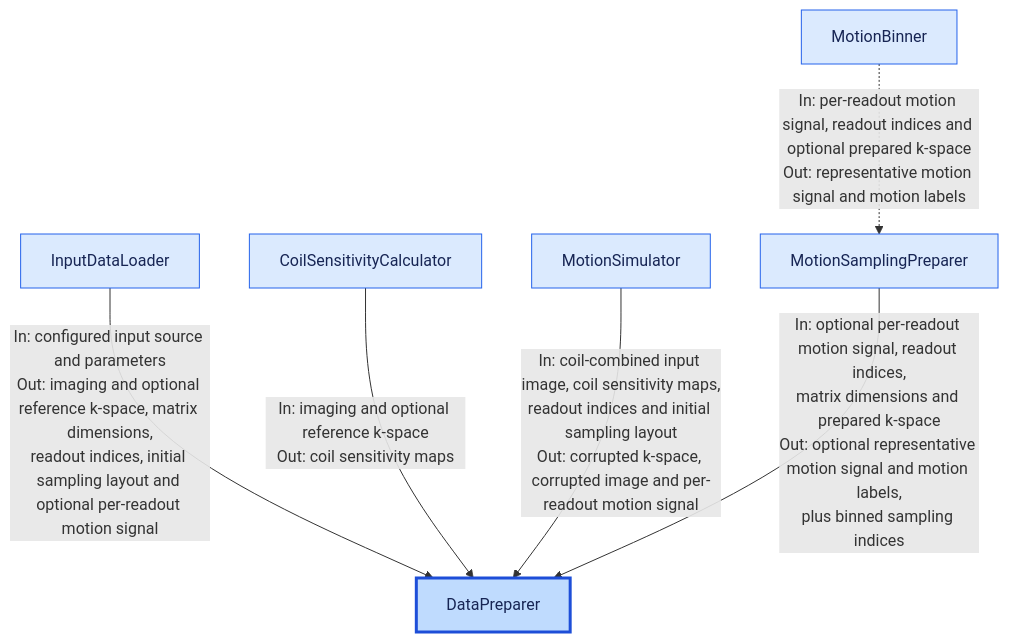
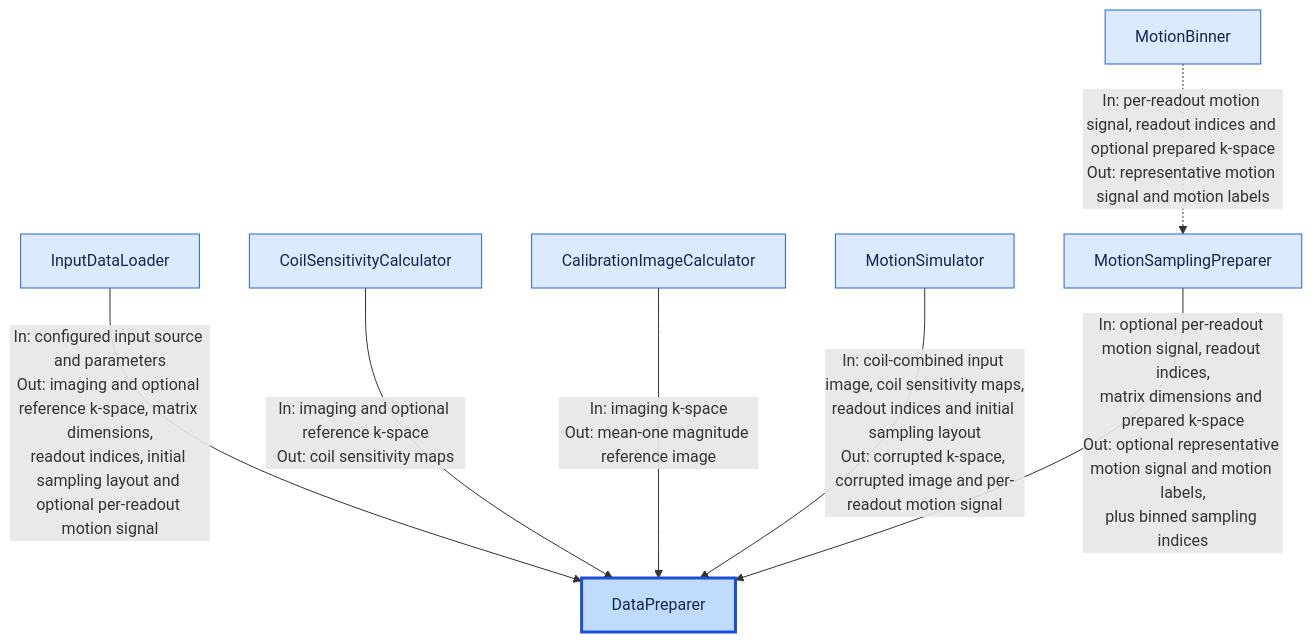
Before and after one commit to IADI-Nancy/GRICS-torch: the diagram in docs/architecture/data_preparation.md, drawn with Mermaid. The commit also changed other lines of this file and 32 other files, not shown here.

Commit message:
Moved the changed from the article branch: changed the configuration for the rigid reconstruction and changed the way to calculate the calibration image

````diff
--- a/docs/architecture/data_preparation.md
+++ b/docs/architecture/data_preparation.md
@@ -8,13 +8,14 @@
 ```mermaid
 flowchart TD
     Loader[InputDataLoader] -->|"In: configured input source and parameters<br/>Out: imaging and optional reference k-space, matrix dimensions,<br/>readout indices, initial sampling layout and optional per-readout motion signal"| Preparer[DataPreparer]
     CSM[CoilSensitivityCalculator] -->|"In: imaging and optional reference k-space<br/>Out: coil sensitivity maps"| Preparer
+    Calibration[CalibrationImageCalculator] -->|"In: imaging k-space<br/>Out: mean-one magnitude reference image"| Preparer
     Simulator[MotionSimulator] -->|"In: coil-combined input image, coil sensitivity maps,<br/>readout indices and initial sampling layout<br/>Out: corrupted k-space, corrupted image and per-readout motion signal"| Preparer
     Sampling[MotionSamplingPreparer] -->|"In: optional per-readout motion signal, readout indices,<br/>matrix dimensions and prepared k-space<br/>Out: optional representative motion signal and motion labels,<br/>plus binned sampling indices"| Preparer
     Binner[MotionBinner] -.->|"In: per-readout motion signal, readout indices and optional prepared k-space<br/>Out: representative motion signal and motion labels"| Sampling
 
     classDef coordinator fill:#bfdbfe,stroke:#1d4ed8,stroke-width:3px,color:#172554
     classDef pythonClass fill:#dbeafe,stroke:#2563eb,color:#172554
     class Preparer coordinator
-    class Loader,CSM,Simulator,Sampling,Binner pythonClass
+    class Loader,CSM,Calibration,Simulator,Sampling,Binner pythonClass
 ```
````
